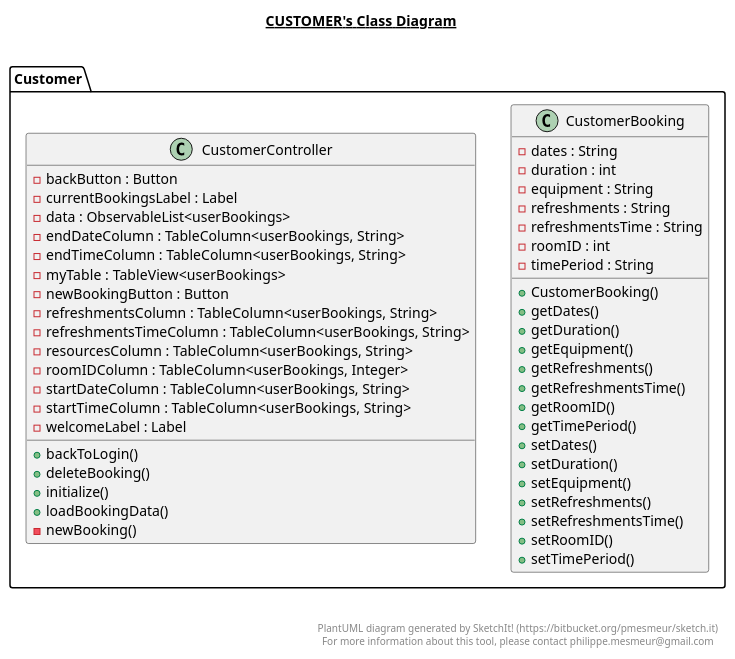
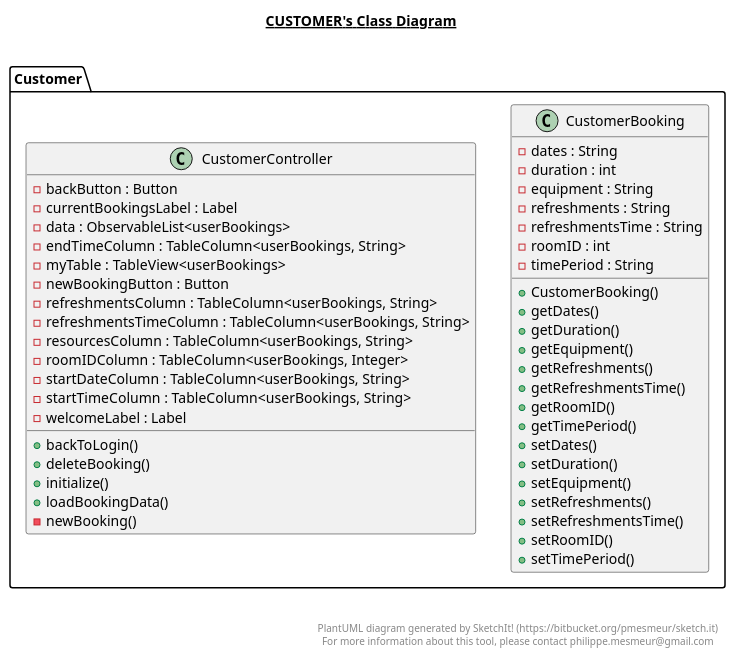
One commit to hegde-atri/meetingBooking changed the diagram in src/Customer/Customer.plantuml. Above: the diagram before and after it, drawn with PlantUML. The commit also changed 6 other files, not shown here.

Commit message:
added UML class diagrams

```diff
--- a/src/Customer/Customer.plantuml
+++ b/src/Customer/Customer.plantuml
@@ -1,67 +1,66 @@
 @startuml
 
 title __CUSTOMER's Class Diagram__\n
 
   namespace Customer {
     class Customer.CustomerBooking {
         - dates : String
         - duration : int
         - equipment : String
         - refreshments : String
         - refreshmentsTime : String
         - roomID : int
         - timePeriod : String
         + CustomerBooking()
         + getDates()
         + getDuration()
         + getEquipment()
         + getRefreshments()
         + getRefreshmentsTime()
         + getRoomID()
         + getTimePeriod()
         + setDates()
         + setDuration()
         + setEquipment()
         + setRefreshments()
         + setRefreshmentsTime()
         + setRoomID()
         + setTimePeriod()
     }
   }
   
 
   namespace Customer {
     class Customer.CustomerController {
         - backButton : Button
         - currentBookingsLabel : Label
         - data : ObservableList<userBookings>
-        - endDateColumn : TableColumn<userBookings, String>
         - endTimeColumn : TableColumn<userBookings, String>
         - myTable : TableView<userBookings>
         - newBookingButton : Button
         - refreshmentsColumn : TableColumn<userBookings, String>
         - refreshmentsTimeColumn : TableColumn<userBookings, String>
         - resourcesColumn : TableColumn<userBookings, String>
         - roomIDColumn : TableColumn<userBookings, Integer>
         - startDateColumn : TableColumn<userBookings, String>
         - startTimeColumn : TableColumn<userBookings, String>
         - welcomeLabel : Label
         + backToLogin()
         + deleteBooking()
         + initialize()
         + loadBookingData()
         - newBooking()
     }
   }
   
 
 
 
 right footer
 
 
 PlantUML diagram generated by SketchIt! (https://bitbucket.org/pmesmeur/sketch.it)
 For more information about this tool, please contact philippe.mesmeur@gmail.com
 endfooter
 
 @enduml
```
